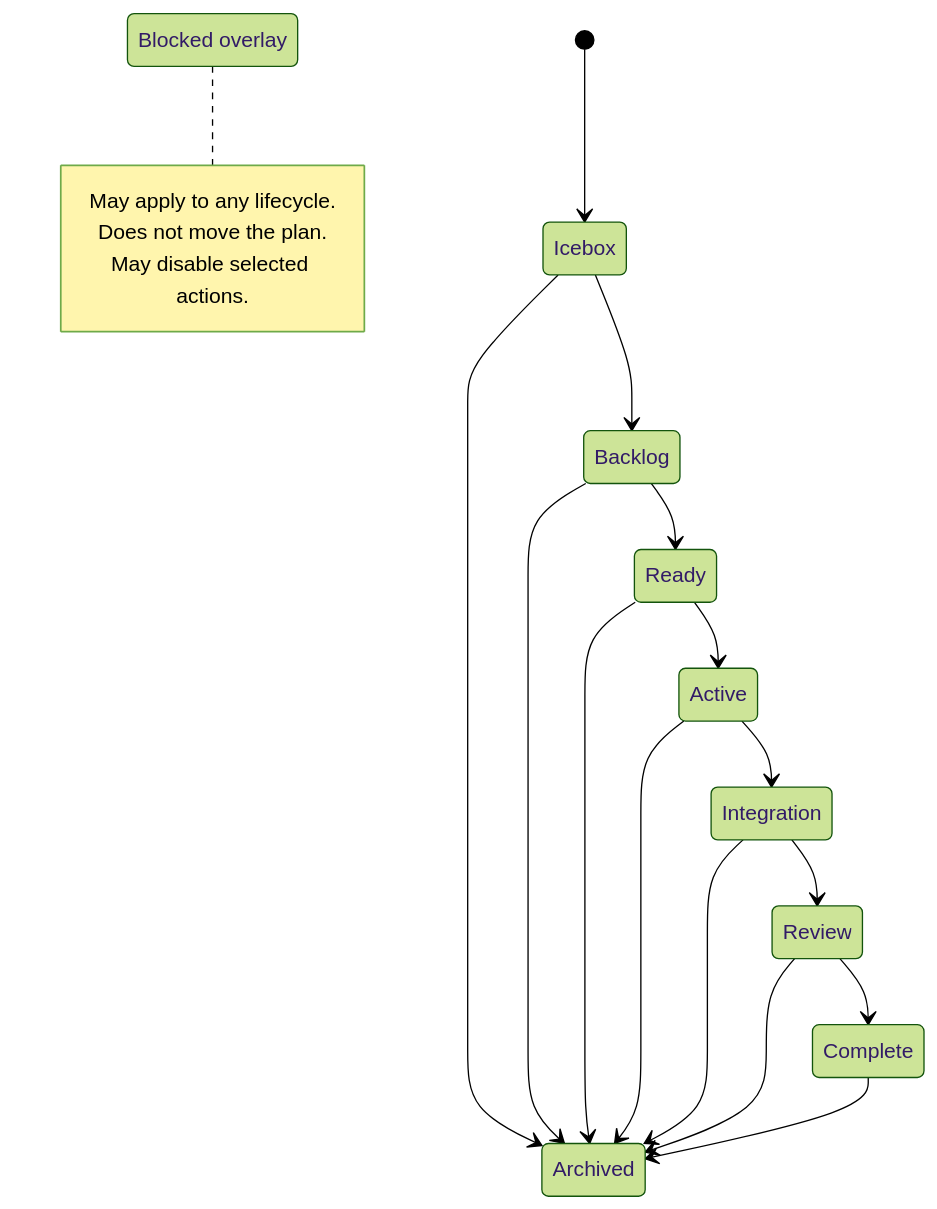
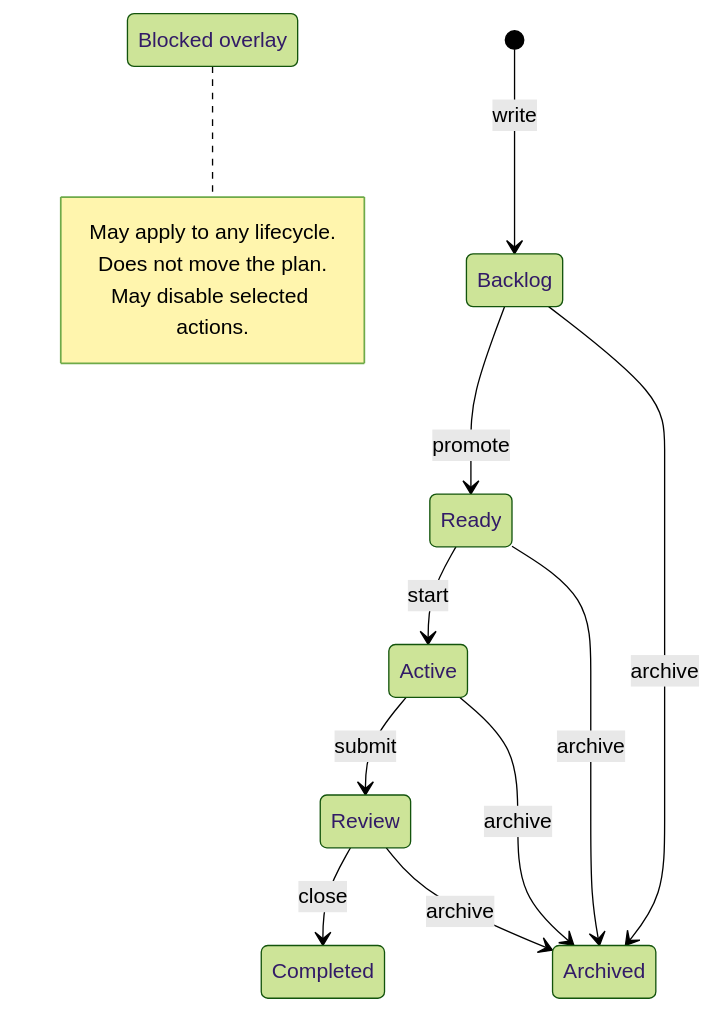
Before and after one commit to kirinmurphy/roborepo-alpha: the diagram in docs/plans/backlog/plan-lifecycle-suite-blockers-dependencies.md, drawn with Mermaid (forest theme). The commit also changed other lines of this file and 52 other files, not shown here.

````diff
--- a/docs/plans/backlog/plan-lifecycle-suite-blockers-dependencies.md
+++ b/docs/plans/backlog/plan-lifecycle-suite-blockers-dependencies.md
@@ -114,24 +120,19 @@
 ```mermaid
 stateDiagram-v2
-    [*] --> Icebox
-    Icebox --> Backlog
-    Backlog --> Ready
-    Ready --> Active
-    Active --> Integration
-    Integration --> Review
-    Review --> Complete
-    Icebox --> Archived
-    Backlog --> Archived
-    Ready --> Archived
-    Active --> Archived
-    Integration --> Archived
-    Review --> Archived
-    Complete --> Archived
+    [*] --> Backlog: write
+    Backlog --> Ready: promote
+    Ready --> Active: start
+    Active --> Review: submit
+    Review --> Completed: close
+    Backlog --> Archived: archive
+    Ready --> Archived: archive
+    Active --> Archived: archive
+    Review --> Archived: archive
 
     state "Blocked overlay" as Blocked
     note right of Blocked
       May apply to any lifecycle.
       Does not move the plan.
       May disable selected actions.
     end note
 ```
````
